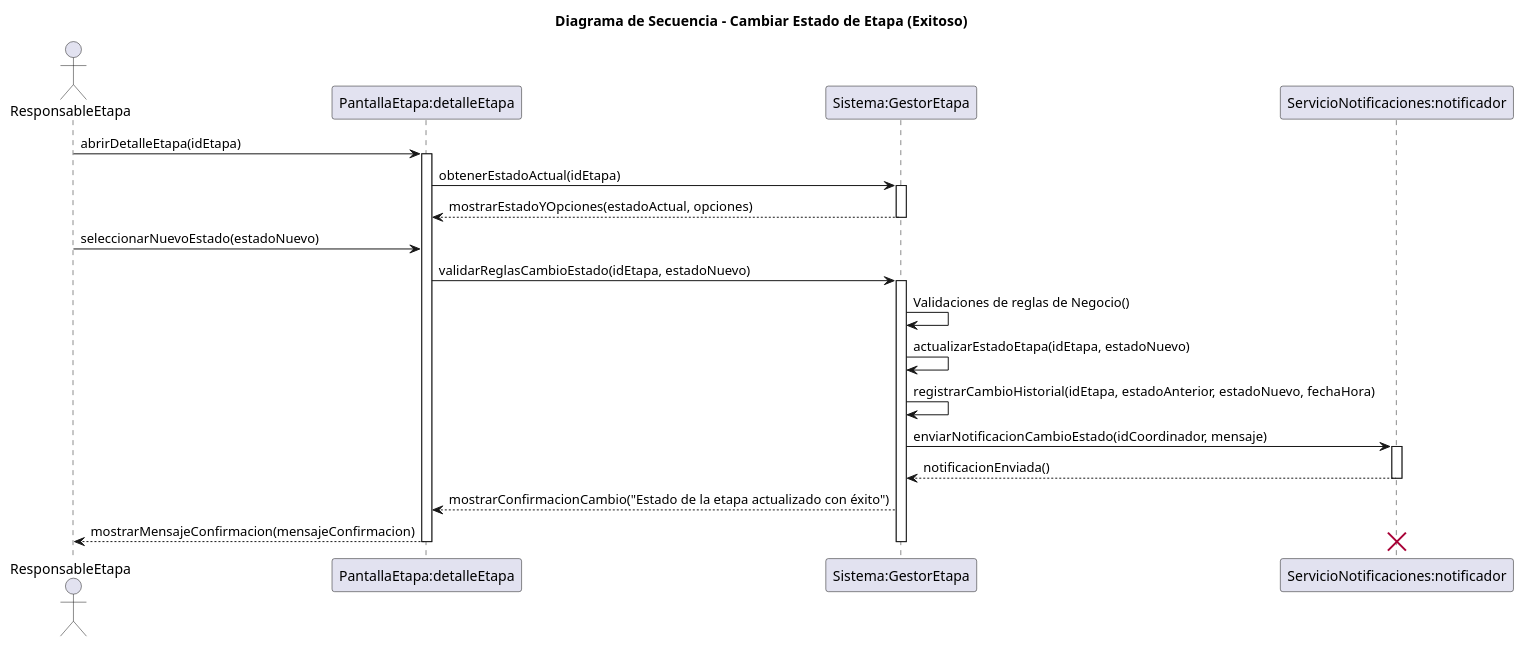
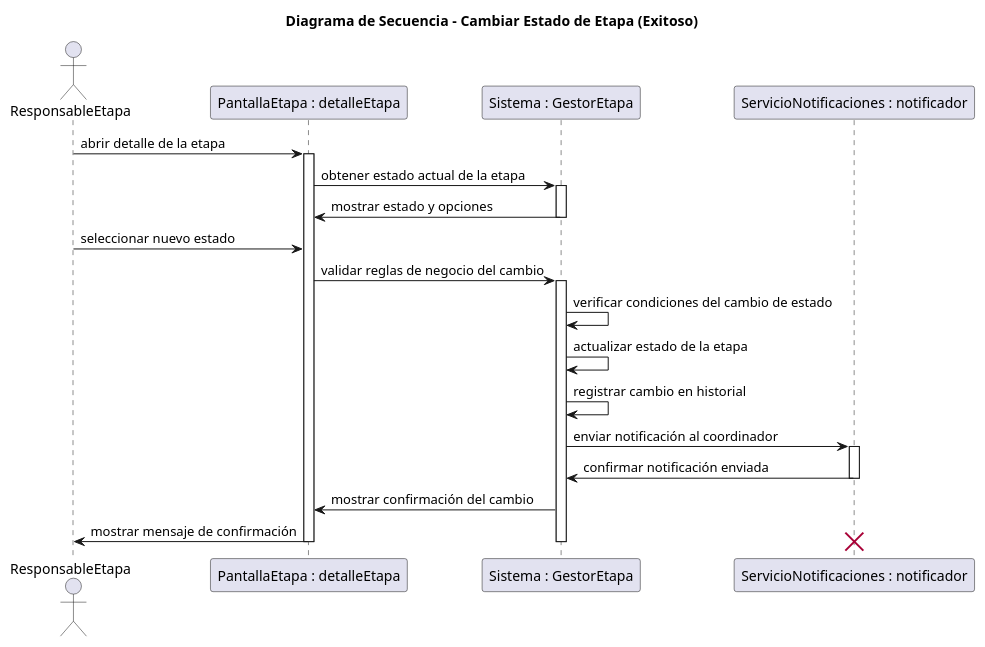
Before and after one commit to GonzaloBarbano/SistemaProductoraVideos: the diagram in diagramas/05-diagramas-secuencia/05-cambiar-estado-etapa-cambiar-estado-de-etapa-exitoso-04.puml, drawn with PlantUML. The commit also changed other lines of this file and 9 other files, not shown here.

Commit message:
Correcion de errores en los diagramas de secuencia

```diff
--- a/diagramas/05-diagramas-secuencia/05-cambiar-estado-etapa-cambiar-estado-de-etapa-exitoso-04.puml
+++ b/diagramas/05-diagramas-secuencia/05-cambiar-estado-etapa-cambiar-estado-de-etapa-exitoso-04.puml
@@ -1,40 +1,39 @@
 @startuml
 title Diagrama de Secuencia - Cambiar Estado de Etapa (Exitoso)
 
 actor ResponsableEtapa
-participant "PantallaEtapa:detalleEtapa" as PantallaEtapa
-participant "Sistema:GestorEtapa" as Sistema
-participant "ServicioNotificaciones:notificador" as ServicioNotificaciones
+participant "PantallaEtapa : detalleEtapa" as PantallaEtapa
+participant "Sistema : GestorEtapa" as Sistema
+participant "ServicioNotificaciones : notificador" as ServicioNotificaciones
 
 '--- Inicio del flujo ---
-ResponsableEtapa -> PantallaEtapa: abrirDetalleEtapa(idEtapa)
+ResponsableEtapa -> PantallaEtapa : abrir detalle de la etapa
 activate PantallaEtapa
 
-PantallaEtapa -> Sistema: obtenerEstadoActual(idEtapa)
+PantallaEtapa -> Sistema : obtener estado actual de la etapa
 activate Sistema
-Sistema --> PantallaEtapa: mostrarEstadoYOpciones(estadoActual, opciones)
+Sistema -> PantallaEtapa : mostrar estado y opciones
 deactivate Sistema
 
-ResponsableEtapa -> PantallaEtapa: seleccionarNuevoEstado(estadoNuevo)
-PantallaEtapa -> Sistema: validarReglasCambioEstado(idEtapa, estadoNuevo)
+ResponsableEtapa -> PantallaEtapa : seleccionar nuevo estado
+PantallaEtapa -> Sistema : validar reglas de negocio del cambio
 activate Sistema
 
-Sistema -> Sistema: Validaciones de reglas de Negocio()
-Sistema -> Sistema: actualizarEstadoEtapa(idEtapa, estadoNuevo)
-Sistema -> Sistema: registrarCambioHistorial(idEtapa, estadoAnterior, estadoNuevo, fechaHora)
+Sistema -> Sistema : verificar condiciones del cambio de estado
+Sistema -> Sistema : actualizar estado de la etapa
+Sistema -> Sistema : registrar cambio en historial
 
-Sistema -> ServicioNotificaciones: enviarNotificacionCambioEstado(idCoordinador, mensaje)
+Sistema -> ServicioNotificaciones : enviar notificación al coordinador
 activate ServicioNotificaciones
-ServicioNotificaciones --> Sistema: notificacionEnviada()
+ServicioNotificaciones -> Sistema : confirmar notificación enviada
 deactivate ServicioNotificaciones
 
-Sistema --> PantallaEtapa: mostrarConfirmacionCambio("Estado de la etapa actualizado con éxito")
-PantallaEtapa --> ResponsableEtapa: mostrarMensajeConfirmacion(mensajeConfirmacion)
+Sistema -> PantallaEtapa : mostrar confirmación del cambio
+PantallaEtapa -> ResponsableEtapa : mostrar mensaje de confirmación
 
 deactivate Sistema
 deactivate PantallaEtapa
 
-'--- Finalización de objeto temporal ---
 destroy ServicioNotificaciones
 
 @enduml
```
